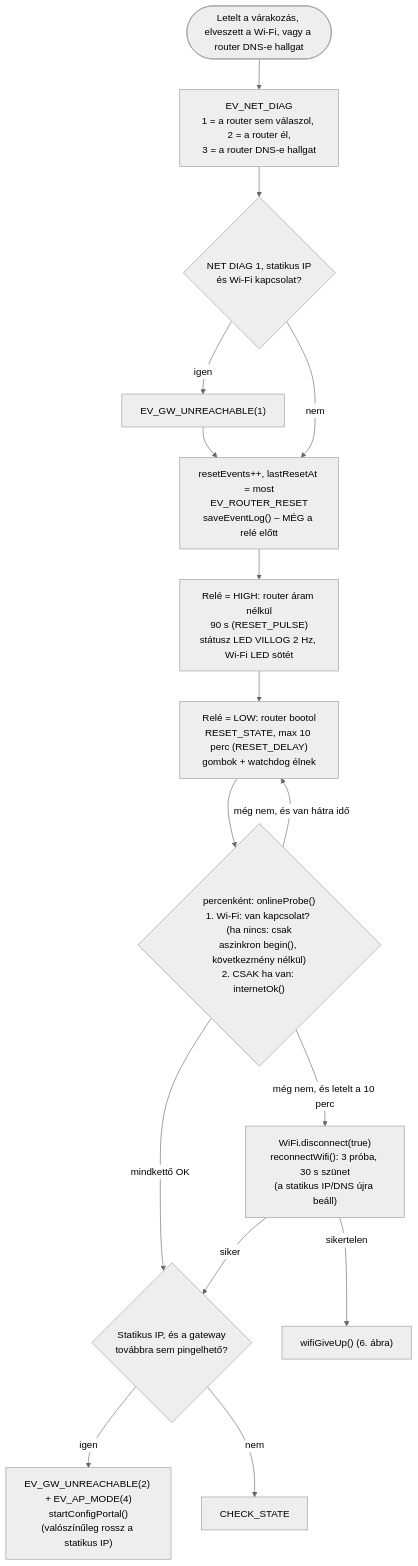
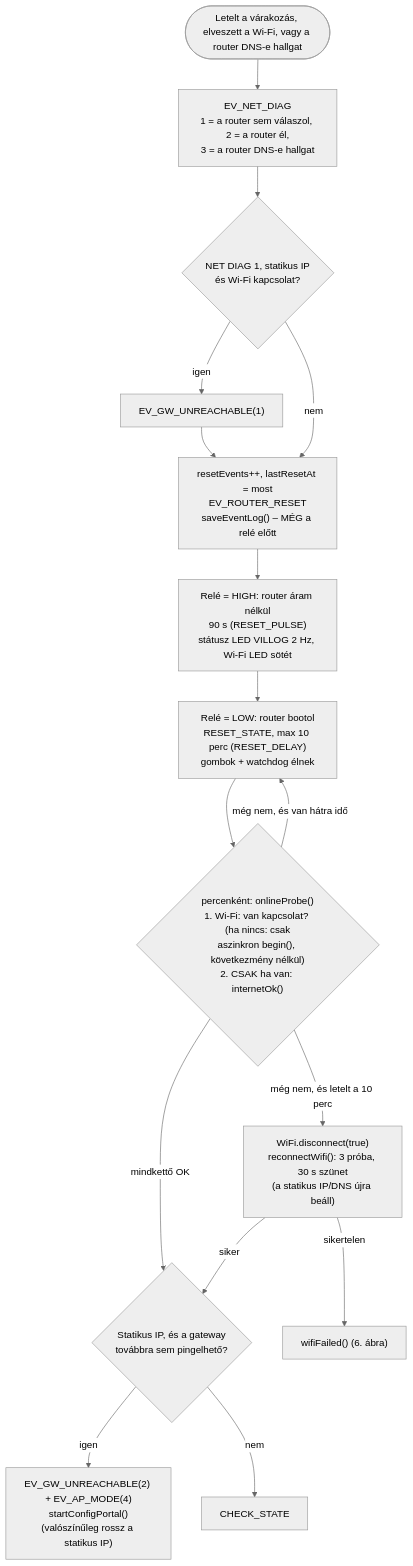
The sixth of 10 diagrams in FOLYAMATABRA.md (manszabi/bazsi-router-reboot), drawn with Mermaid (neutral theme) before and after one commit. The commit also changed other lines of this file and 11 other files, not shown here.

````diff
--- a/FOLYAMATABRA.md
+++ b/FOLYAMATABRA.md
@@ -197,17 +190,17 @@
 ```mermaid
 flowchart TD
     IN([Letelt a várakozás, elveszett a Wi-Fi, vagy a router DNS-e hallgat]) --> D["EV_NET_DIAG<br>1 = a router sem válaszol, 2 = a router él,<br>3 = a router DNS-e hallgat"]
     D --> GW1{"NET DIAG 1, statikus IP<br>és Wi-Fi kapcsolat?"}
     GW1 -->|igen| GWL["EV_GW_UNREACHABLE(1)"] --> CNT
     GW1 -->|nem| CNT["resetEvents++, lastResetAt = most<br>EV_ROUTER_RESET<br>saveEventLog() – MÉG a relé előtt"]
     CNT --> P1["Relé = HIGH: router áram nélkül<br>90 s (RESET_PULSE)<br>státusz LED VILLOG 2 Hz, Wi-Fi LED sötét"]
     P1 --> P2["Relé = LOW: router bootol<br>RESET_STATE, max 10 perc (RESET_DELAY)<br>gombok + watchdog élnek"]
     P2 --> PRB{"percenként: onlineProbe()<br>1. Wi-Fi: van kapcsolat? (ha nincs: csak<br>aszinkron begin(), következmény nélkül)<br>2. CSAK ha van: internetOk()"}
     PRB -->|"mindkettő OK"| GW2
     PRB -->|"még nem, és letelt a 10 perc"| P3["WiFi.disconnect(true)<br>reconnectWifi(): 3 próba, 30 s szünet<br>(a statikus IP/DNS újra beáll)"]
     PRB -->|"még nem, és van hátra idő"| P2
-    P3 -->|sikertelen| GU["wifiGiveUp() (6. ábra)"]
+    P3 -->|sikertelen| GU["wifiFailed() (6. ábra)"]
     P3 -->|siker| GW2{"Statikus IP, és a gateway<br>továbbra sem pingelhető?"}
     GW2 -->|igen| APX["EV_GW_UNREACHABLE(2) + EV_AP_MODE(4)<br>startConfigPortal()<br>(valószínűleg rossz a statikus IP)"]
     GW2 -->|nem| OK["CHECK_STATE"]
 ```
````
